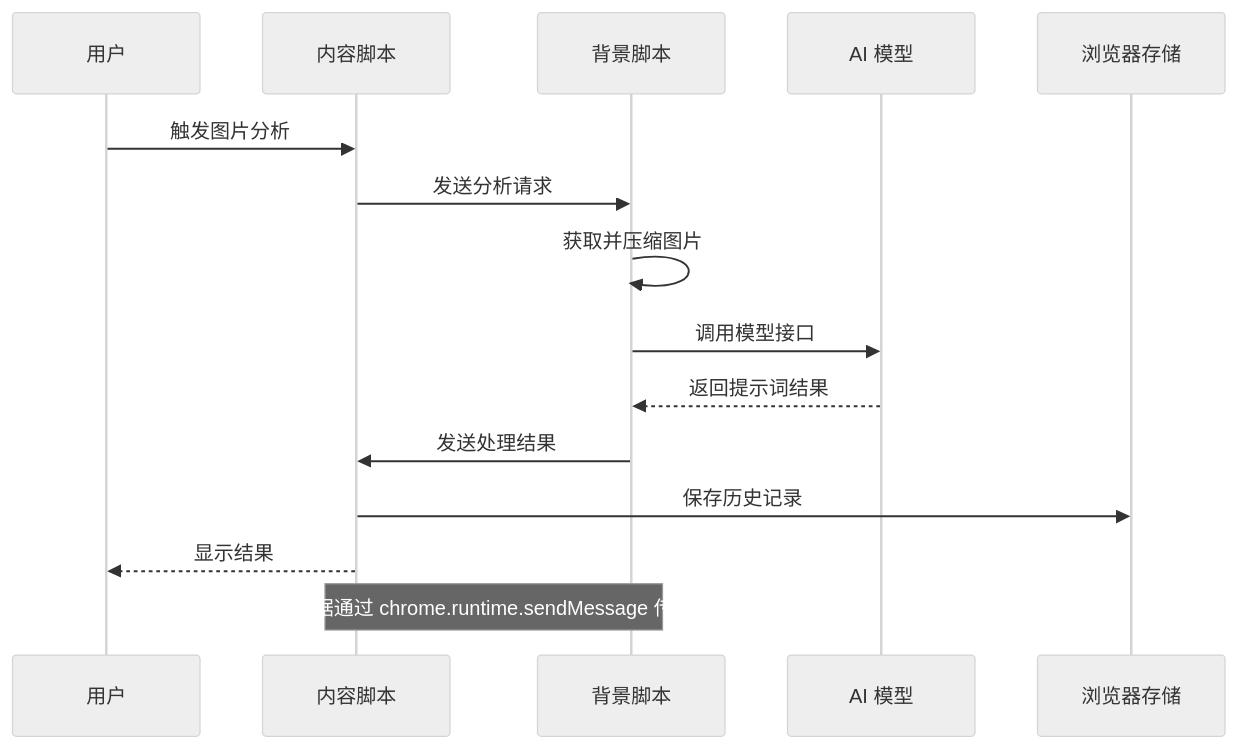
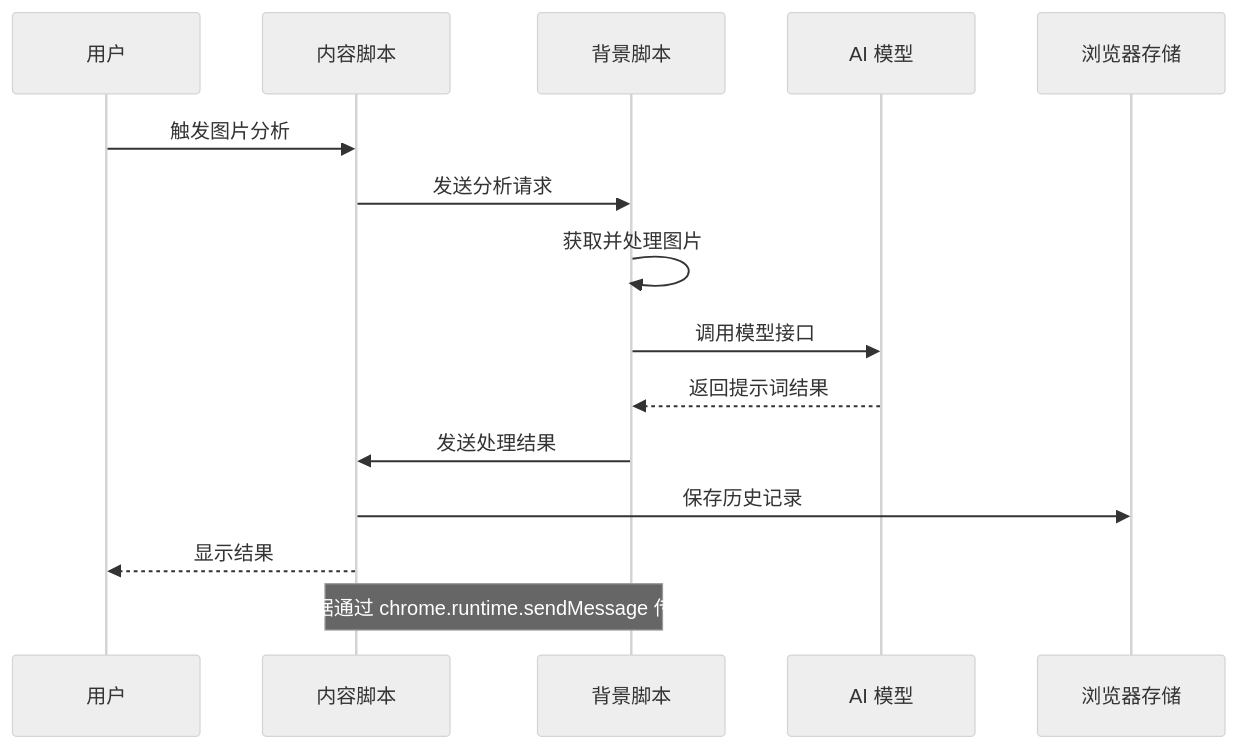
Before and after one commit to binasi/Img2Prompt: the second of 6 diagrams in .qoder/repowiki/zh/content/核心功能/图片分析功能/图片分析功能.md, drawn with Mermaid (neutral theme). The commit also changed other lines of this file and 8 other files, not shown here.

````diff
--- a/.qoder/repowiki/zh/content/核心功能/图片分析功能/图片分析功能.md
+++ b/.qoder/repowiki/zh/content/核心功能/图片分析功能/图片分析功能.md
@@ -113,17 +113,17 @@
 ```mermaid
 sequenceDiagram
 participant User as 用户
 participant Content as 内容脚本
 participant Background as 背景脚本
 participant AI as AI 模型
 participant Storage as 浏览器存储
 User->>Content : 触发图片分析
 Content->>Background : 发送分析请求
-Background->>Background : 获取并压缩图片
+Background->>Background : 获取并处理图片
 Background->>AI : 调用模型接口
 AI-->>Background : 返回提示词结果
 Background->>Content : 发送处理结果
 Content->>Storage : 保存历史记录
 Content-->>User : 显示结果
 Note over Content,Background : 数据通过 chrome.runtime.sendMessage 传输
 ```
````
